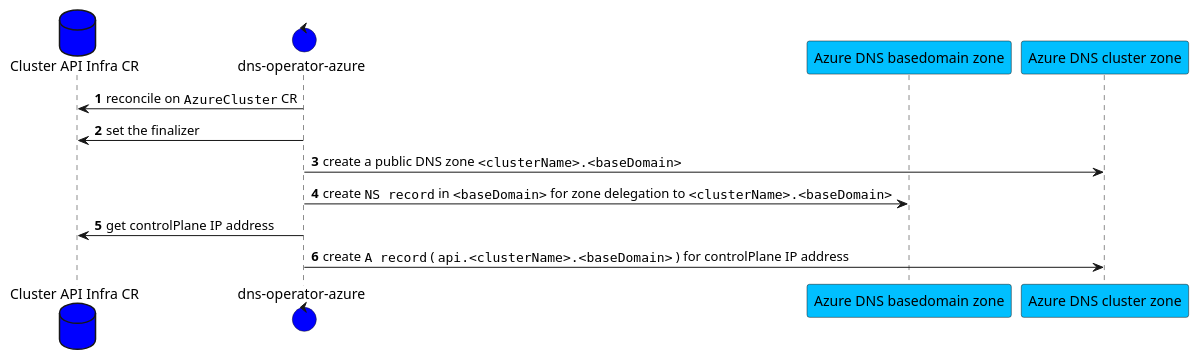
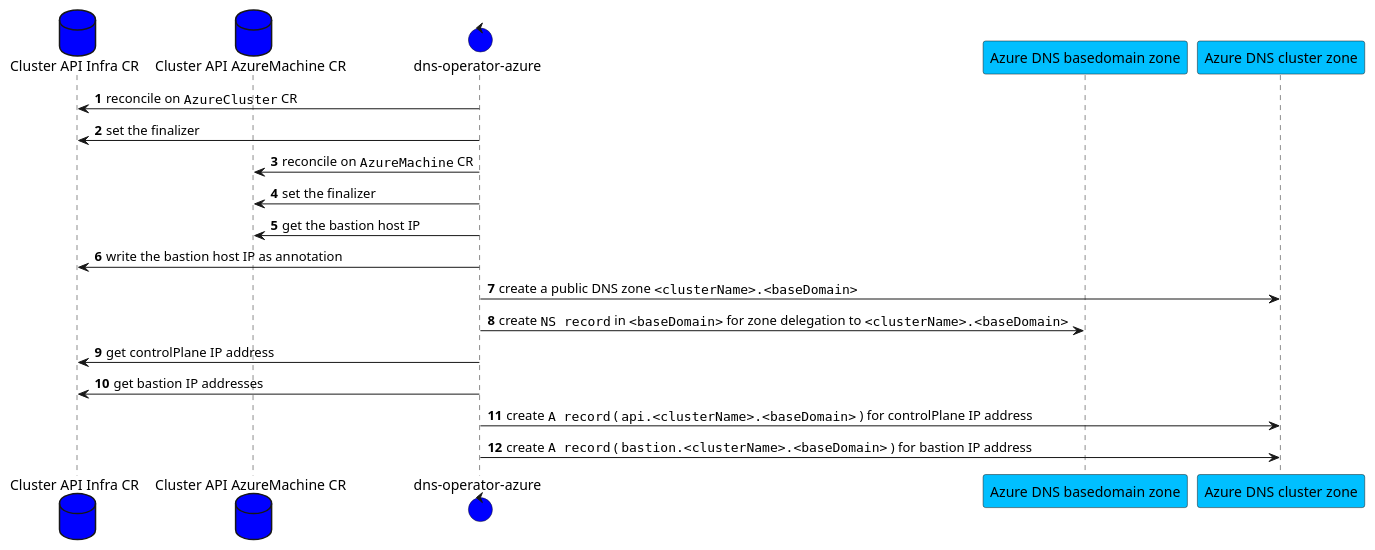
Before and after one commit to giantswarm/dns-operator-azure: the diagram in dns-operator.puml, drawn with PlantUML. The commit also changed 17 other files, not shown here.

Commit message:
create a records for bastion hosts (#70)

```diff
--- a/dns-operator.puml
+++ b/dns-operator.puml
@@ -1,16 +1,23 @@
 @startuml
 autonumber
 
 database "Cluster API Infra CR" as capiInfraCR #blue
+database "Cluster API AzureMachine CR" as capzMachineCR #blue
 control "dns-operator-azure" as dnsOperator #blue
 participant "Azure DNS basedomain zone" as azureDNSBasedomainZone #DeepSkyBlue
 participant "Azure DNS cluster zone" as azureDNSClusterZone #DeepSkyBlue
 
 dnsOperator -> capiInfraCR: reconcile on ""AzureCluster"" CR
 dnsOperator -> capiInfraCR: set the finalizer
+dnsOperator -> capzMachineCR: reconcile on ""AzureMachine"" CR
+dnsOperator -> capzMachineCR: set the finalizer
+dnsOperator -> capzMachineCR: get the bastion host IP
+dnsOperator -> capiInfraCR: write the bastion host IP as annotation
 dnsOperator -> azureDNSClusterZone: create a public DNS zone ""<clusterName>.<baseDomain>""
 dnsOperator -> azureDNSBasedomainZone: create ""NS record"" in ""<baseDomain>"" for zone delegation to ""<clusterName>.<baseDomain>""
 dnsOperator -> capiInfraCR: get controlPlane IP address
+dnsOperator -> capiInfraCR: get bastion IP addresses
 dnsOperator -> azureDNSClusterZone: create ""A record"" ( ""api.<clusterName>.<baseDomain>"" ) for controlPlane IP address
+dnsOperator -> azureDNSClusterZone: create ""A record"" ( ""bastion.<clusterName>.<baseDomain>"" ) for bastion IP address
 
 @enduml
```
